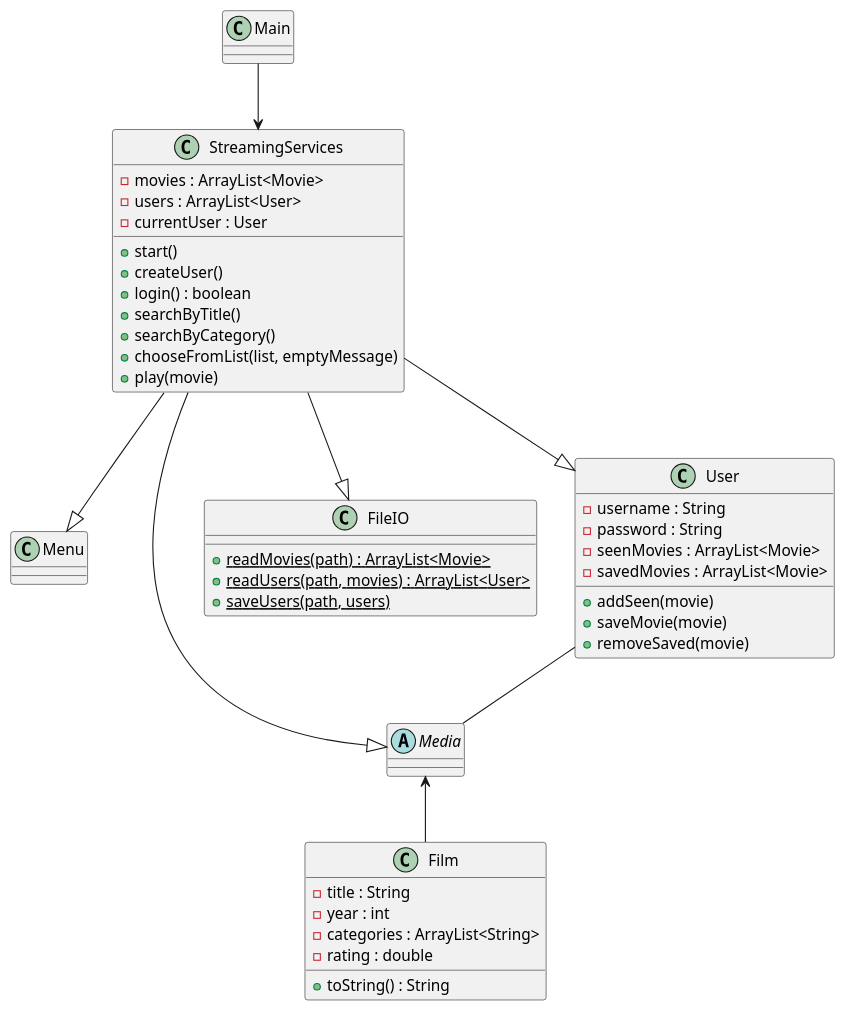
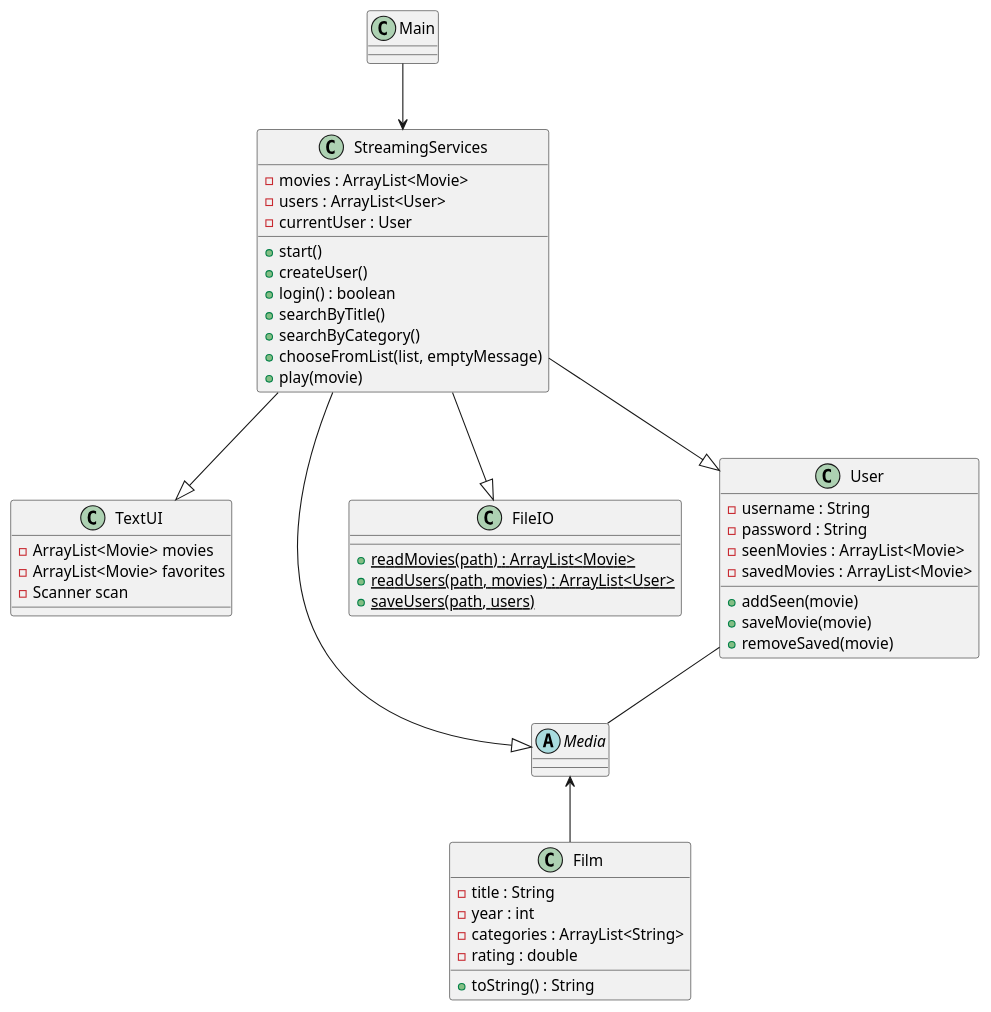
One commit to LauraRaun/Sp3Chill changed the diagram in src/Classdiagram.v0.puml. Above: the diagram before and after it, drawn with PlantUML.

Commit message:
classe diagram

```diff
--- a/src/Classdiagram.v0.puml
+++ b/src/Classdiagram.v0.puml
@@ -1,53 +1,58 @@
 @startuml
 'https://plantuml.com/class-diagram
 
 class Main
 Main-->StreamingServices
-class Menu
+class TextUI
 class StreamingServices
 abstract class Media
-StreamingServices--|>Menu
+StreamingServices--|>TextUI
 StreamingServices--|>FileIO
 class  FileIO
 StreamingServices--|>Media
 class User
 class Film
 StreamingServices--|>User
 Media<--Film
 User--Media
 
 class StreamingServices {
 -movies : ArrayList<Movie>
   -users : ArrayList<User>
   -currentUser : User
   +start()
   +createUser()
   +login() : boolean
   +searchByTitle()
   +searchByCategory()
   +chooseFromList(list, emptyMessage)
   +play(movie)
 }
 class FileIO {
   {static} +readMovies(path) : ArrayList<Movie>
   {static} +readUsers(path, movies) : ArrayList<User>
   {static} +saveUsers(path, users)
 }
 class Film {
   -title : String
   -year : int
   -categories : ArrayList<String>
   -rating : double
   +toString() : String
 }
 class User {
   -username : String
   -password : String
   -seenMovies : ArrayList<Movie>
   -savedMovies : ArrayList<Movie>
   +addSeen(movie)
   +saveMovie(movie)
   +removeSaved(movie)
 }
+class TextUI {
+-ArrayList<Movie> movies
+- ArrayList<Movie> favorites
+- Scanner scan
+}
 
 @enduml
```
